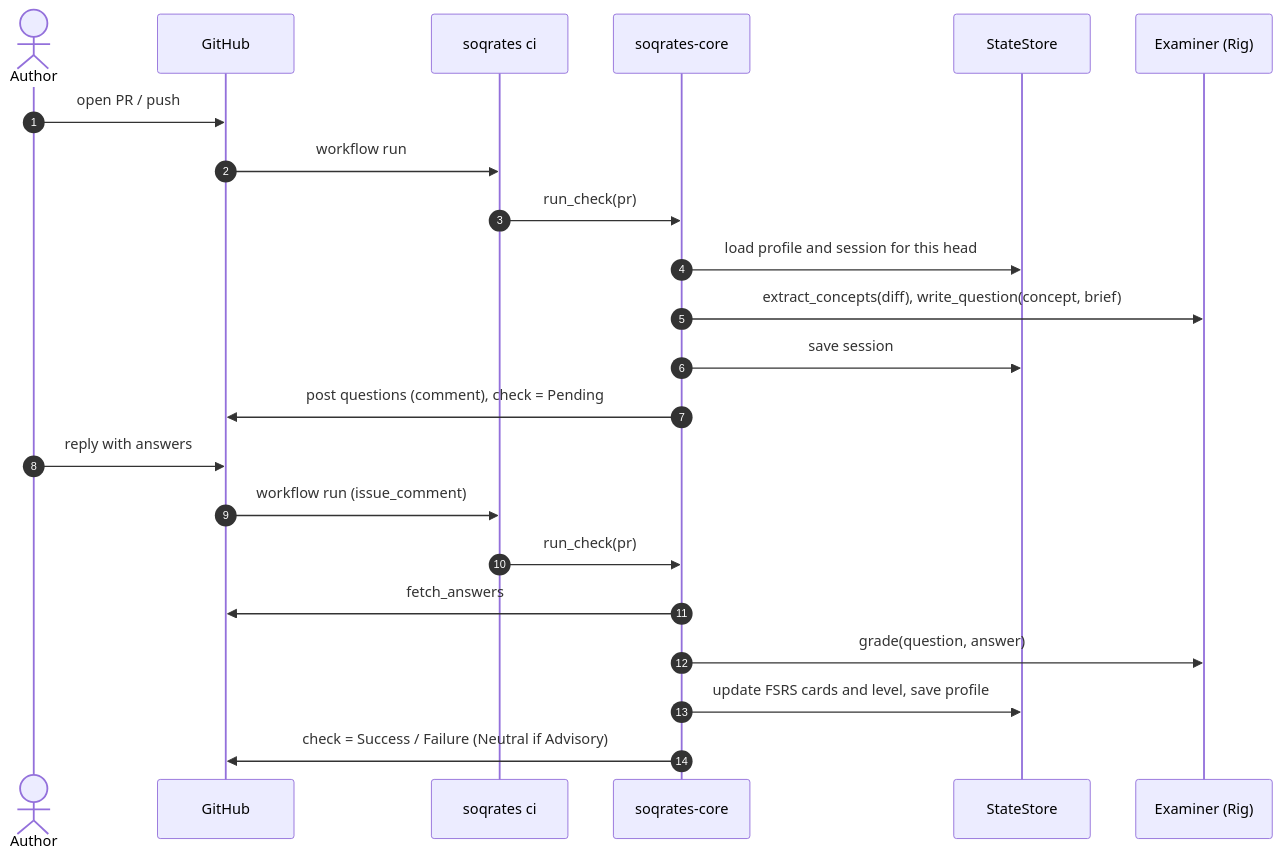
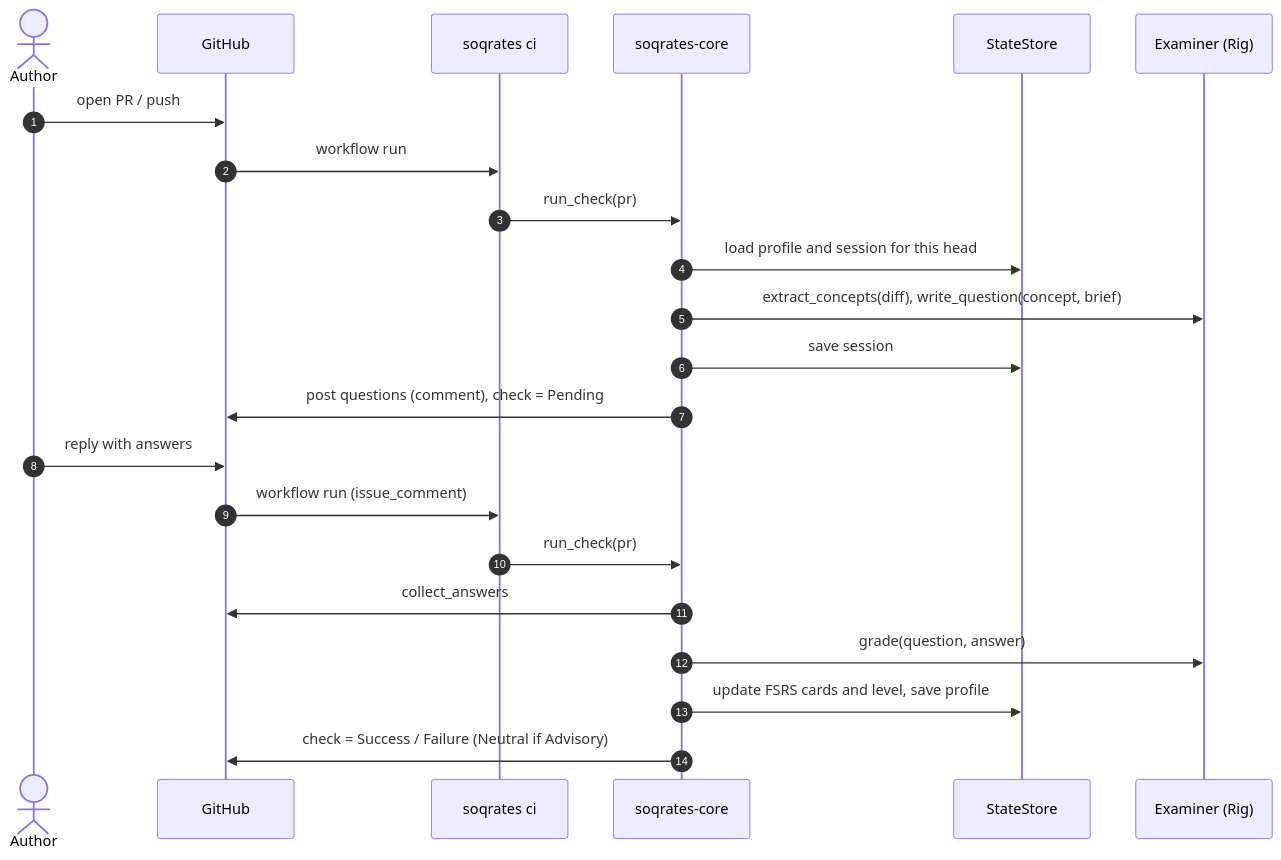
Before and after one commit to jvanbuel/soqrates: the third of 3 diagrams in docs/adr/0001-agent-framework-and-architecture.md, drawn with Mermaid. The commit also changed other lines of this file and 6 other files, not shown here.

````diff
--- a/docs/adr/0001-agent-framework-and-architecture.md
+++ b/docs/adr/0001-agent-framework-and-architecture.md
@@ -92,25 +92,25 @@
 ```mermaid
 sequenceDiagram
     autonumber
     actor Author
     participant GH as GitHub
     participant CI as soqrates ci
     participant Core as soqrates-core
     participant Store as StateStore
     participant LLM as Examiner (Rig)
 
     Author->>GH: open PR / push
     GH->>CI: workflow run
     CI->>Core: run_check(pr)
     Core->>Store: load profile and session for this head
     Core->>LLM: extract_concepts(diff), write_question(concept, brief)
     Core->>Store: save session
     Core->>GH: post questions (comment), check = Pending
     Author->>GH: reply with answers
     GH->>CI: workflow run (issue_comment)
     CI->>Core: run_check(pr)
-    Core->>GH: fetch_answers
+    Core->>GH: collect_answers
     Core->>LLM: grade(question, answer)
     Core->>Store: update FSRS cards and level, save profile
     Core->>GH: check = Success / Failure (Neutral if Advisory)
 ```
````
